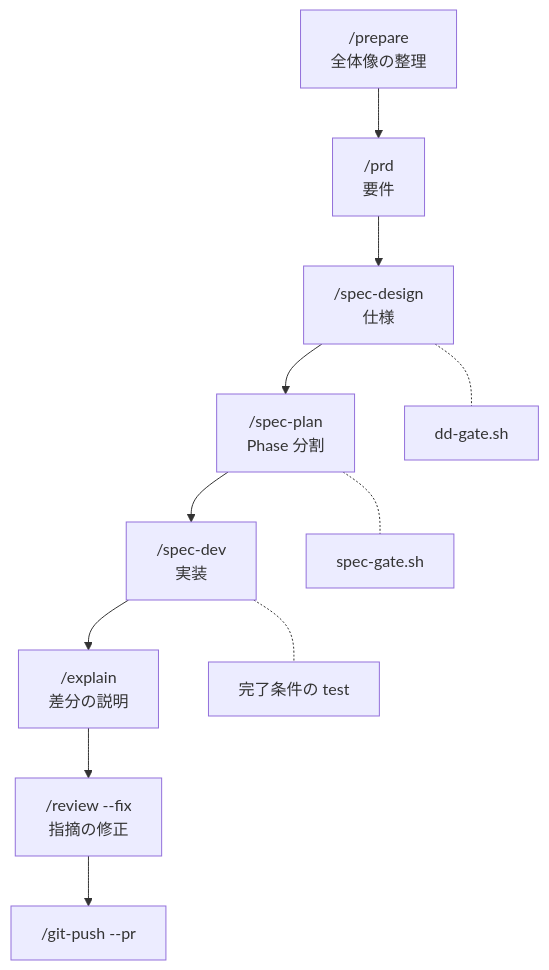
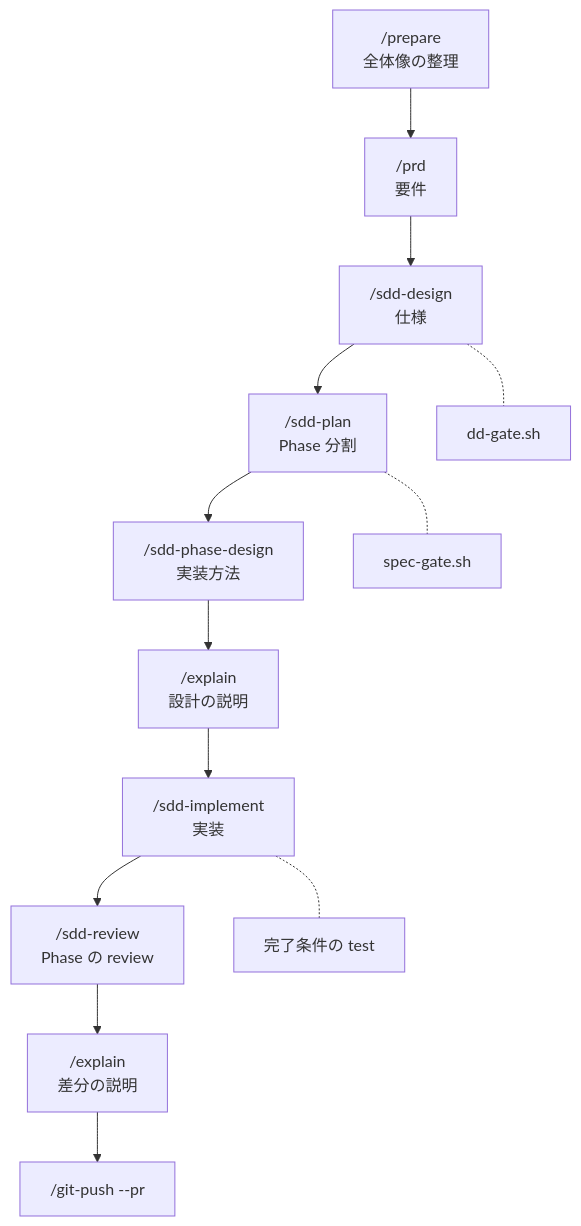
The first of 2 diagrams in README.md (DaichiHoshina/claude-code-config), drawn with Mermaid before and after one commit. The commit also changed other lines of this file and 167 other files, not shown here.

````diff
--- a/README.md
+++ b/README.md
@@ -48,13 +56,15 @@
 ```mermaid
 flowchart TD
   P["/prepare<br>全体像の整理"] --> PRD["/prd<br>要件"]
-  PRD --> DD["/spec-design<br>仕様"]
-  DD --> SP["/spec-plan<br>Phase 分割"]
-  SP --> SD["/spec-dev<br>実装"]
-  SD --> EX["/explain<br>差分の説明"]
-  EX --> RV["/review --fix<br>指摘の修正"]
-  RV --> GP["/git-push --pr"]
+  PRD --> DD["/sdd-design<br>仕様"]
+  DD --> SP["/sdd-plan<br>Phase 分割"]
+  SP --> DT["/sdd-phase-design<br>実装方法"]
+  DT --> EX1["/explain<br>設計の説明"]
+  EX1 --> SD["/sdd-implement<br>実装"]
+  SD --> RV["/sdd-review<br>Phase の review"]
+  RV --> EX2["/explain<br>差分の説明"]
+  EX2 --> GP["/git-push --pr"]
   DD -.- G1["dd-gate.sh"]
   SP -.- G2["spec-gate.sh"]
   SD -.- T["完了条件の test"]
 ```
````
